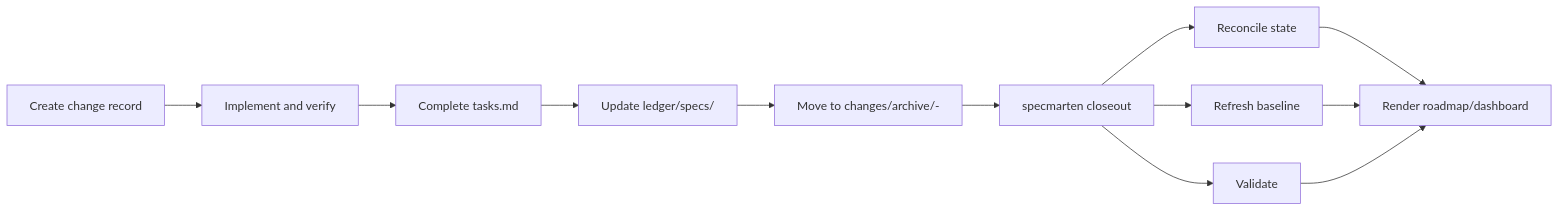
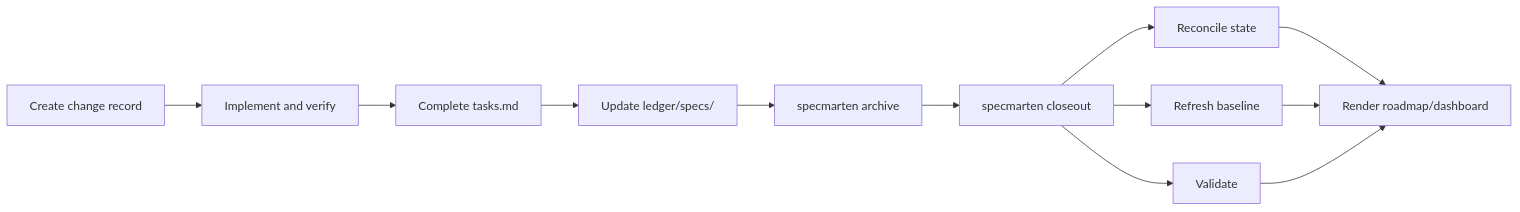
The second of 2 diagrams in docs/native-backend.md (JingW59/specmarten), drawn with Mermaid before and after one commit. The commit also changed other lines of this file and 24 other files, not shown here.

````diff
--- a/docs/native-backend.md
+++ b/docs/native-backend.md
@@ -95,14 +95,14 @@
 ```mermaid
 flowchart LR
   Change["Create change record"] --> Implement["Implement and verify"]
   Implement --> Complete["Complete tasks.md"]
   Complete --> Accept["Update ledger/specs/"]
-  Accept --> Archive["Move to changes/archive/<date>-<id>"]
+  Accept --> Archive["specmarten archive <id>"]
   Archive --> Closeout["specmarten closeout"]
   Closeout --> Reconcile["Reconcile state"]
   Closeout --> Baseline["Refresh baseline"]
   Closeout --> Validate["Validate"]
   Reconcile --> Views["Render roadmap/dashboard"]
   Baseline --> Views
   Validate --> Views
 ```
````
